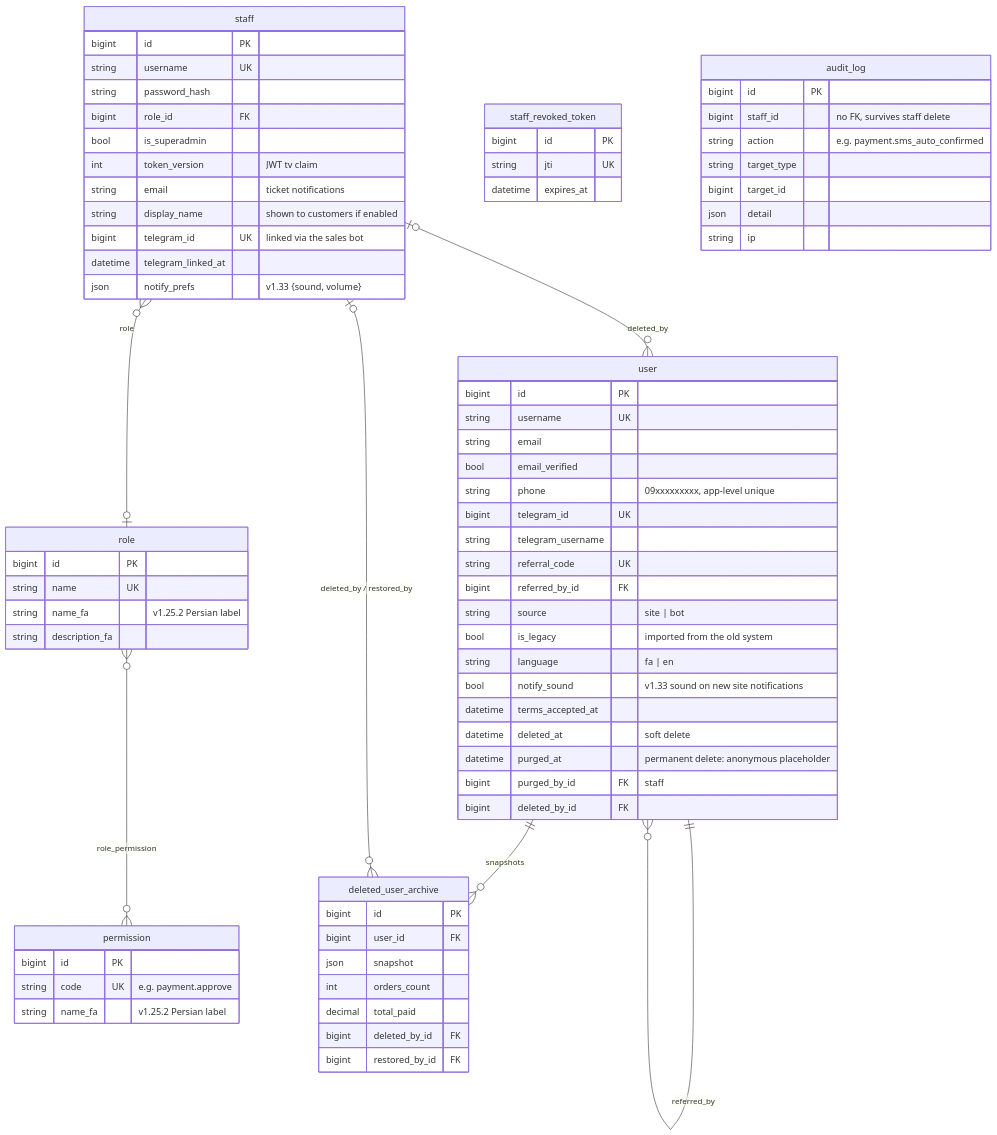
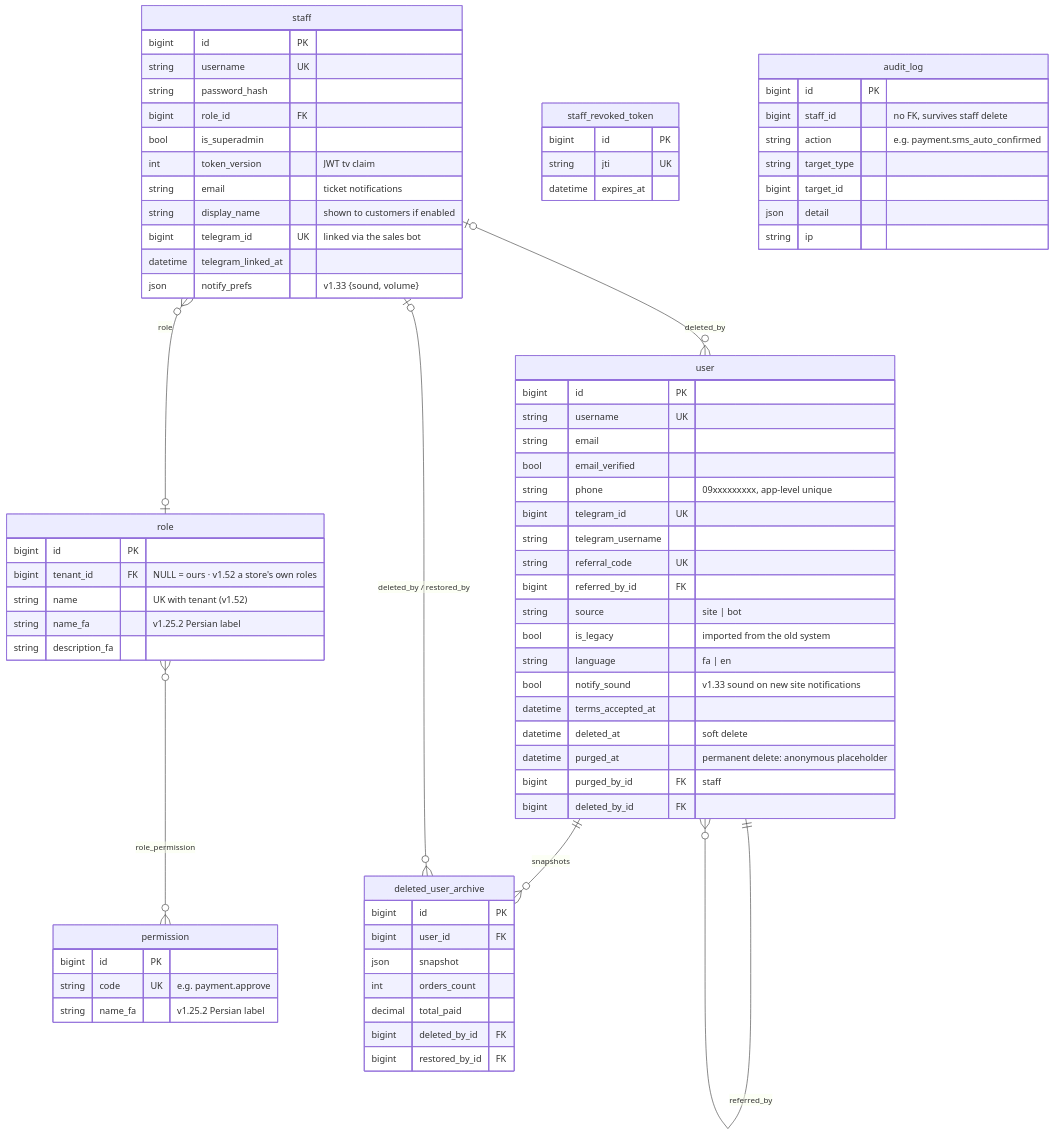
One commit to santiyagoburcart/caspintunel changed the second of 9 diagrams in docs/erd.md. Above: the diagram before and after it, drawn with Mermaid. The commit also changed other lines of this file and 38 other files, not shown here.

First line of the commit message:
release: v1.52.0 — multi-tenant Phase 8: reseller staff (ceiling, owner login, store roles/staff, store-only sign-in)

````diff
--- a/docs/erd.md
+++ b/docs/erd.md
@@ -109,77 +110,78 @@
 ```mermaid
 erDiagram
     user ||--o{ user : "referred_by"
     staff }o--o| role : "role"
     role }o--o{ permission : "role_permission"
     user ||--o{ deleted_user_archive : "snapshots"
     staff |o--o{ deleted_user_archive : "deleted_by / restored_by"
     staff |o--o{ user : "deleted_by"
 
     user {
         bigint id PK
         string username UK
         string email
         bool email_verified
         string phone "09xxxxxxxxx, app-level unique"
         bigint telegram_id UK
         string telegram_username
         string referral_code UK
         bigint referred_by_id FK
         string source "site | bot"
         bool is_legacy "imported from the old system"
         string language "fa | en"
         bool notify_sound "v1.33 sound on new site notifications"
         datetime terms_accepted_at
         datetime deleted_at "soft delete"
         datetime purged_at "permanent delete: anonymous placeholder"
         bigint purged_by_id FK "staff"
         bigint deleted_by_id FK
     }
     staff {
         bigint id PK
         string username UK
         string password_hash
         bigint role_id FK
         bool is_superadmin
         int token_version "JWT tv claim"
         string email "ticket notifications"
         string display_name "shown to customers if enabled"
         bigint telegram_id UK "linked via the sales bot"
         datetime telegram_linked_at
         json notify_prefs "v1.33 {sound, volume}"
     }
     role {
         bigint id PK
-        string name UK
+        bigint tenant_id FK "NULL = ours · v1.52 a store's own roles"
+        string name "UK with tenant (v1.52)"
         string name_fa "v1.25.2 Persian label"
         string description_fa
     }
     permission {
         bigint id PK
         string code UK "e.g. payment.approve"
         string name_fa "v1.25.2 Persian label"
     }
     staff_revoked_token {
         bigint id PK
         string jti UK
         datetime expires_at
     }
     deleted_user_archive {
         bigint id PK
         bigint user_id FK
         json snapshot
         int orders_count
         decimal total_paid
         bigint deleted_by_id FK
         bigint restored_by_id FK
     }
     audit_log {
         bigint id PK
         bigint staff_id "no FK, survives staff delete"
         string action "e.g. payment.sms_auto_confirmed"
         string target_type
         bigint target_id
         json detail
         string ip
     }
 ```
````
